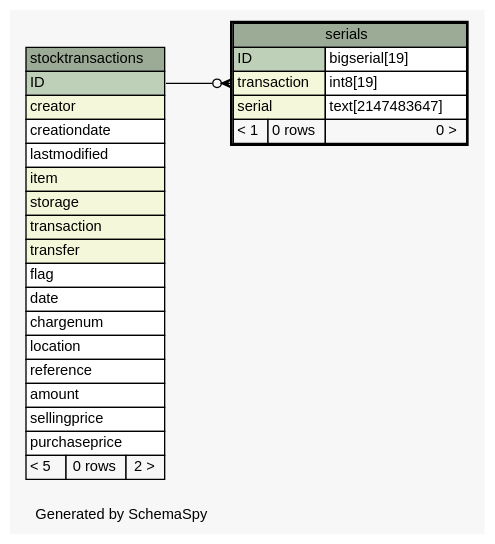
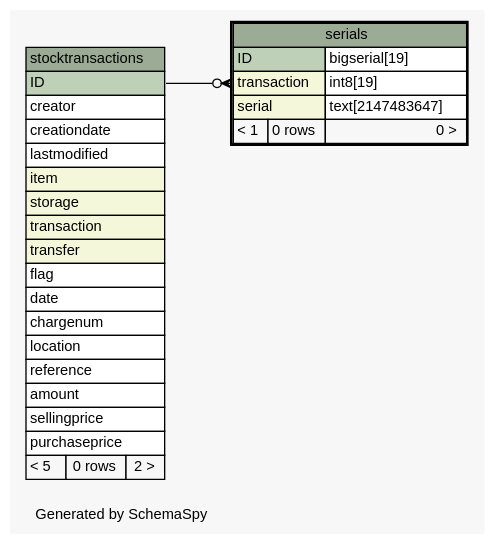
The diagram in diagrams/serials.1degree.dot (zeyosinc/zeyos-schema), drawn with Graphviz before and after one commit. The commit also changed 277 other files, not shown here.

```diff
--- a/diagrams/serials.1degree.dot
+++ b/diagrams/serials.1degree.dot
@@ -1,60 +1,60 @@
 // dot 2.38.0 on Windows 8.1 6.3
 // SchemaSpy rev 590
 digraph "oneDegreeRelationshipsDiagram" {
   graph [
     rankdir="RL"
     bgcolor="#f7f7f7"
     label="\nGenerated by SchemaSpy"
     labeljust="l"
     nodesep="0.18"
     ranksep="0.46"
     fontname="Helvetica"
     fontsize="11"
   ];
   node [
     fontname="Helvetica"
     fontsize="11"
     shape="plaintext"
   ];
   edge [
     arrowsize="0.8"
   ];
   "serials":"transaction":w -> "stocktransactions":"ID":e [arrowhead=none dir=back arrowtail=crowodot];
   "serials" [
     label=<
     <TABLE BORDER="2" CELLBORDER="1" CELLSPACING="0" BGCOLOR="#ffffff">
       <TR><TD COLSPAN="3" BGCOLOR="#9bab96" ALIGN="CENTER">serials</TD></TR>
       <TR><TD PORT="ID" COLSPAN="2" BGCOLOR="#bed1b8" ALIGN="LEFT">ID</TD><TD PORT="ID.type" ALIGN="LEFT">bigserial[19]</TD></TR>
       <TR><TD PORT="transaction" COLSPAN="2" BGCOLOR="#f4f7da" ALIGN="LEFT">transaction</TD><TD PORT="transaction.type" ALIGN="LEFT">int8[19]</TD></TR>
       <TR><TD PORT="serial" COLSPAN="2" BGCOLOR="#f4f7da" ALIGN="LEFT">serial</TD><TD PORT="serial.type" ALIGN="LEFT">text[2147483647]</TD></TR>
       <TR><TD ALIGN="LEFT" BGCOLOR="#f7f7f7">&lt; 1</TD><TD ALIGN="RIGHT" BGCOLOR="#f7f7f7">0 rows</TD><TD ALIGN="RIGHT" BGCOLOR="#f7f7f7">0 &gt;</TD></TR>
     </TABLE>>
     URL="serials.html"
     tooltip="serials"
   ];
   "stocktransactions" [
     label=<
     <TABLE BORDER="0" CELLBORDER="1" CELLSPACING="0" BGCOLOR="#ffffff">
       <TR><TD COLSPAN="3" BGCOLOR="#9bab96" ALIGN="CENTER">stocktransactions</TD></TR>
       <TR><TD PORT="ID" COLSPAN="3" BGCOLOR="#bed1b8" ALIGN="LEFT">ID</TD></TR>
-      <TR><TD PORT="creator" COLSPAN="3" BGCOLOR="#f4f7da" ALIGN="LEFT">creator</TD></TR>
+      <TR><TD PORT="creator" COLSPAN="3" ALIGN="LEFT">creator</TD></TR>
       <TR><TD PORT="creationdate" COLSPAN="3" ALIGN="LEFT">creationdate</TD></TR>
       <TR><TD PORT="lastmodified" COLSPAN="3" ALIGN="LEFT">lastmodified</TD></TR>
       <TR><TD PORT="item" COLSPAN="3" BGCOLOR="#f4f7da" ALIGN="LEFT">item</TD></TR>
       <TR><TD PORT="storage" COLSPAN="3" BGCOLOR="#f4f7da" ALIGN="LEFT">storage</TD></TR>
       <TR><TD PORT="transaction" COLSPAN="3" BGCOLOR="#f4f7da" ALIGN="LEFT">transaction</TD></TR>
       <TR><TD PORT="transfer" COLSPAN="3" BGCOLOR="#f4f7da" ALIGN="LEFT">transfer</TD></TR>
       <TR><TD PORT="flag" COLSPAN="3" ALIGN="LEFT">flag</TD></TR>
       <TR><TD PORT="date" COLSPAN="3" ALIGN="LEFT">date</TD></TR>
       <TR><TD PORT="chargenum" COLSPAN="3" ALIGN="LEFT">chargenum</TD></TR>
       <TR><TD PORT="location" COLSPAN="3" ALIGN="LEFT">location</TD></TR>
       <TR><TD PORT="reference" COLSPAN="3" ALIGN="LEFT">reference</TD></TR>
       <TR><TD PORT="amount" COLSPAN="3" ALIGN="LEFT">amount</TD></TR>
       <TR><TD PORT="sellingprice" COLSPAN="3" ALIGN="LEFT">sellingprice</TD></TR>
       <TR><TD PORT="purchaseprice" COLSPAN="3" ALIGN="LEFT">purchaseprice</TD></TR>
       <TR><TD ALIGN="LEFT" BGCOLOR="#f7f7f7">&lt; 5</TD><TD ALIGN="RIGHT" BGCOLOR="#f7f7f7">0 rows</TD><TD ALIGN="RIGHT" BGCOLOR="#f7f7f7">2 &gt;</TD></TR>
     </TABLE>>
     URL="stocktransactions.html"
     tooltip="stocktransactions"
   ];
 }
```
